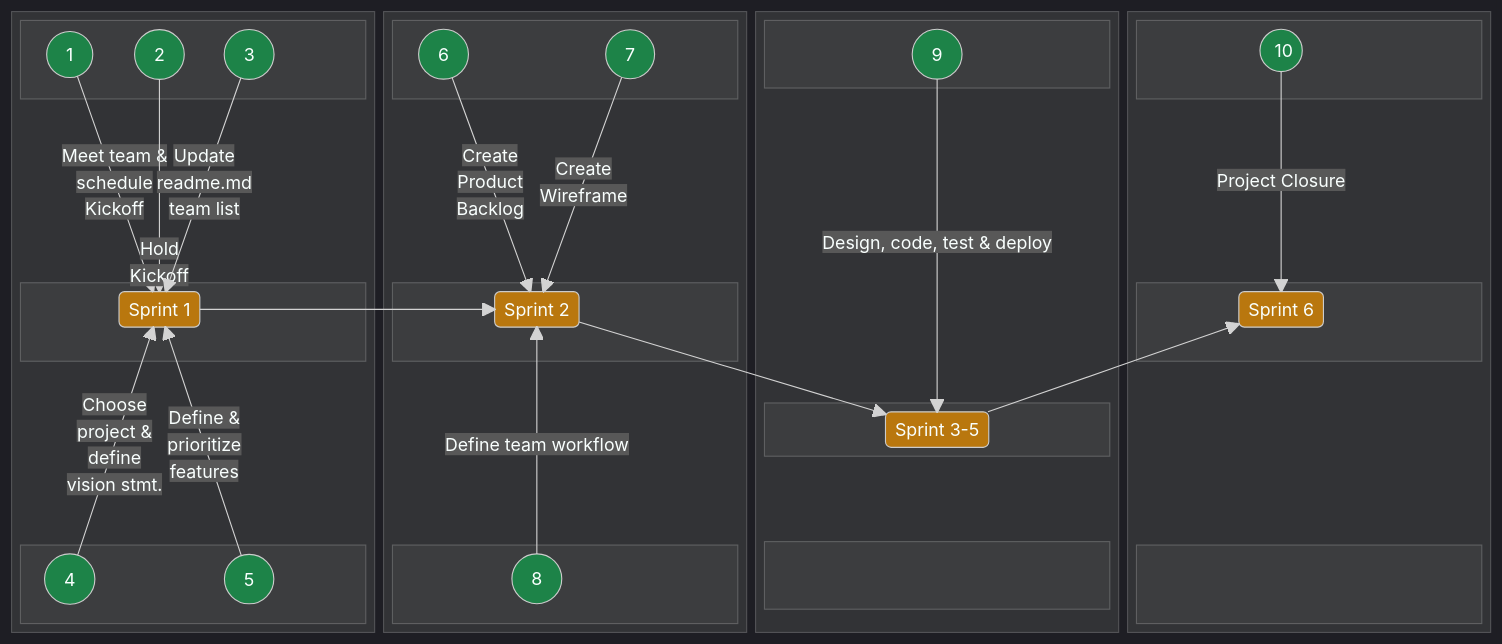
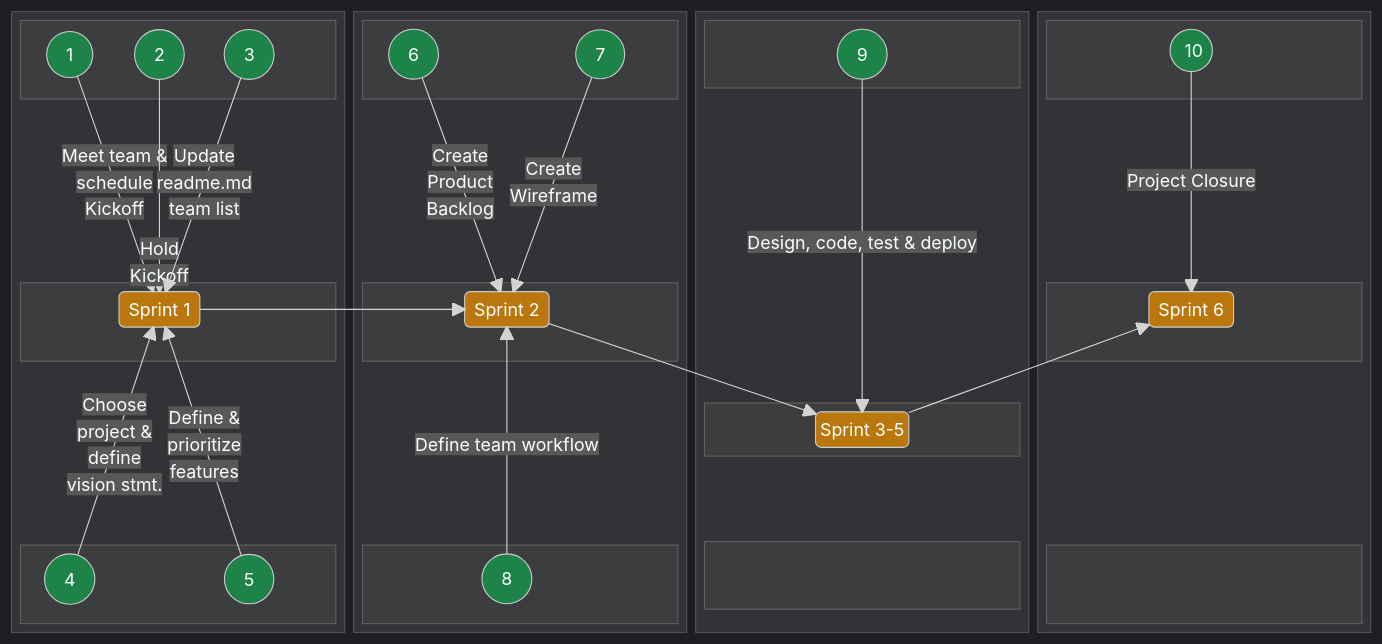
Before and after one commit to jdmedlock/mermaid_testing: the second of 2 diagrams in README.md, drawn with Mermaid.

Commit message:
Feature: Experiment with horizontal block diagram layout

```diff
--- a/README.md
+++ b/README.md
@@ -174,7 +174,7 @@
       block:B3CENTER
         columns 3
         space
-        SPRINTS35("&nbsp;Sprint 3-5&nbsp;")
+        SPRINTS35(" Sprint 3-5 ")
         space
       end
       space
```
